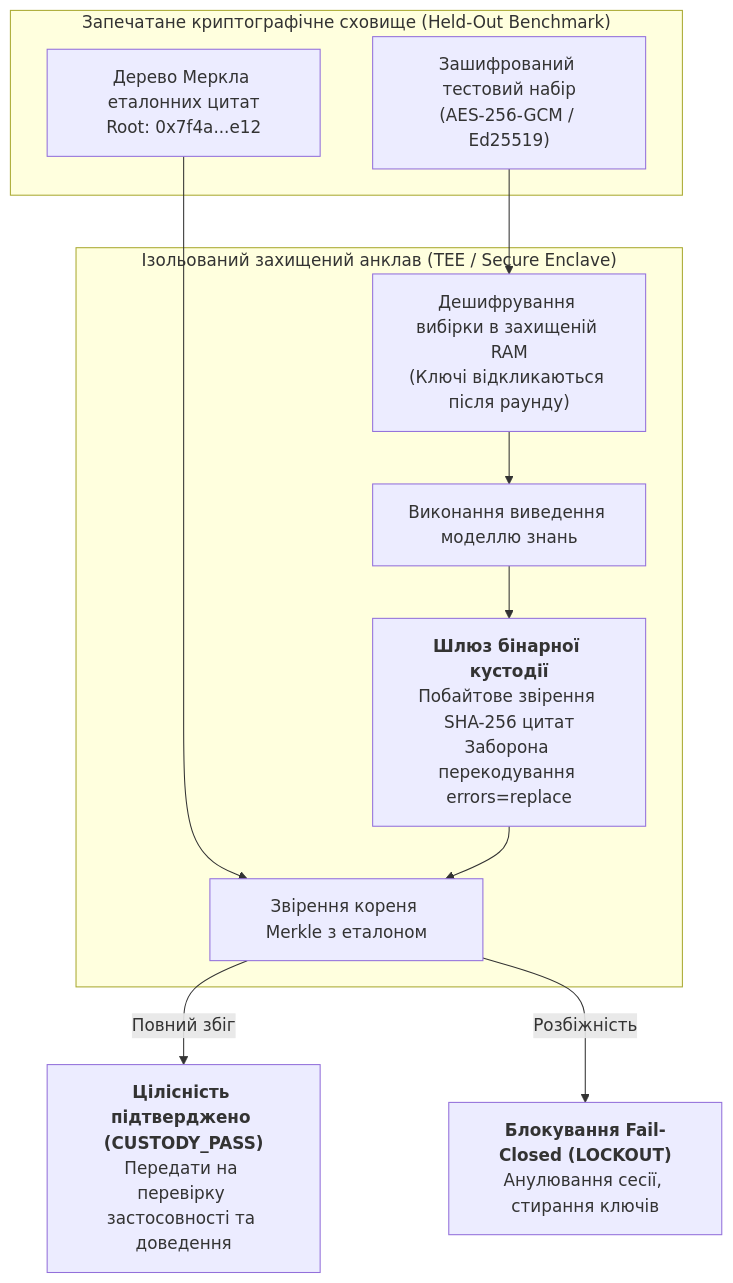
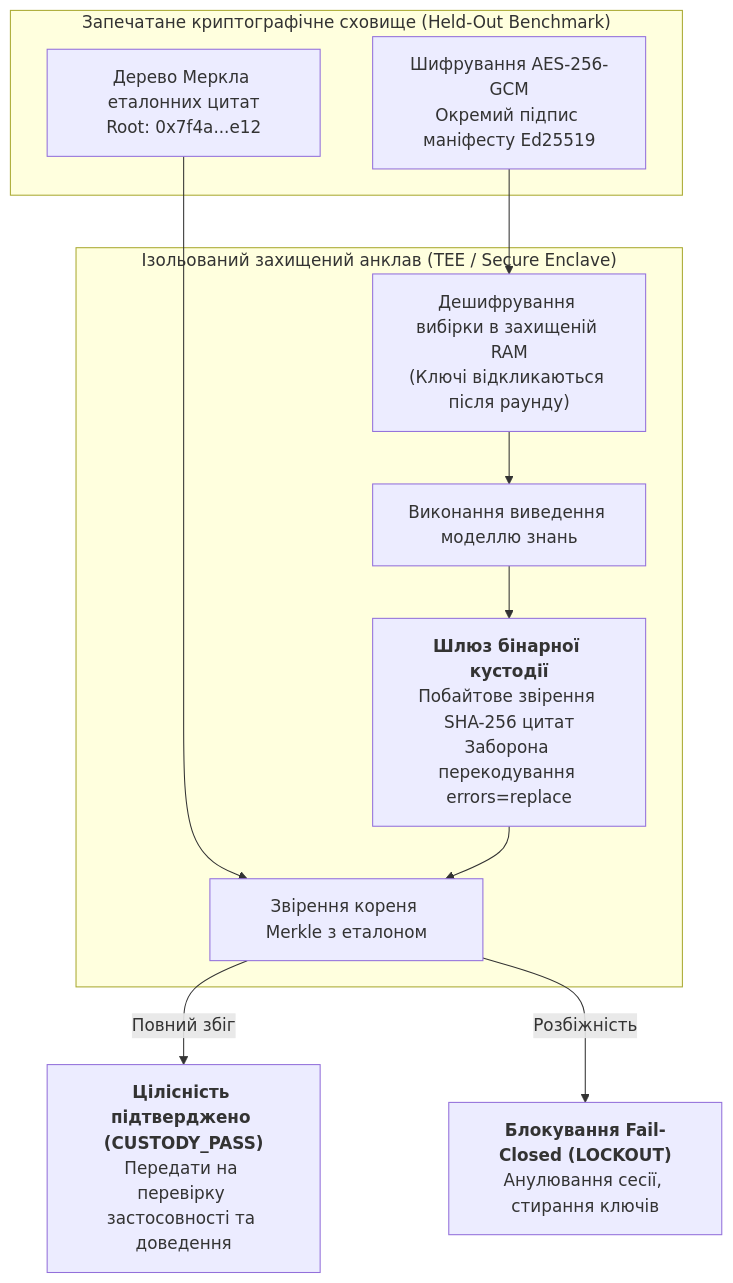
The seventh of 9 diagrams in ExpertSystem/ch36-knowledge-testing-pyramid-and-variational-calibration.md (nick-fedchik/articles), drawn with Mermaid before and after one commit. The commit also changed other lines of this file and 9 other files, not shown here.

````diff
--- a/ExpertSystem/ch36-knowledge-testing-pyramid-and-variational-calibration.md
+++ b/ExpertSystem/ch36-knowledge-testing-pyramid-and-variational-calibration.md
@@ -527,26 +723,26 @@
 ```mermaid
 flowchart TD
     accTitle: Архітектура ізольованого контрольного шлюзу Held-Out Sealed Gate
     accDescr: Криптографічно запечатаний контрольний анклав перевіряє побайтові докази без витоку даних.
 
     subgraph SECURE_STORE["Запечатане криптографічне сховище (Held-Out Benchmark)"]
-        TEST_ENC["Зашифрований тестовий набір<br/>(AES-256-GCM / Ed25519)"]
+		TEST_ENC["Шифрування AES-256-GCM<br/>Окремий підпис маніфесту Ed25519"]
         MERKLE["Дерево Меркла еталонних цитат<br/>Root: 0x7f4a...e12"]
     end
 
     subgraph ENCLAVE["Ізольований захищений анклав (TEE / Secure Enclave)"]
         DECRYPT["Дешифрування вибірки в захищеній RAM<br/>(Ключі відкликаються після раунду)"]
         EXEC["Виконання виведення моделлю знань"]
         RAW_CHECK["<b>Шлюз бінарної кустодії</b><br/>Побайтове звірення SHA-256 цитат<br/>Заборона перекодування errors=replace"]
         VERIFY_TREE["Звірення кореня Merkle з еталоном"]
     end
 
     TEST_ENC --> DECRYPT
     MERKLE --> VERIFY_TREE
     DECRYPT --> EXEC
     EXEC --> RAW_CHECK
     RAW_CHECK --> VERIFY_TREE
 
     VERIFY_TREE -->|"Повний збіг"| VERDICT_PASS["<b>Цілісність підтверджено (CUSTODY_PASS)</b><br/>Передати на перевірку застосовності та доведення"]
     VERIFY_TREE -->|Розбіжність| VERDICT_FAIL["<b>Блокування Fail-Closed (LOCKOUT)</b><br/>Анулювання сесії, стирання ключів"]
 ```
````
